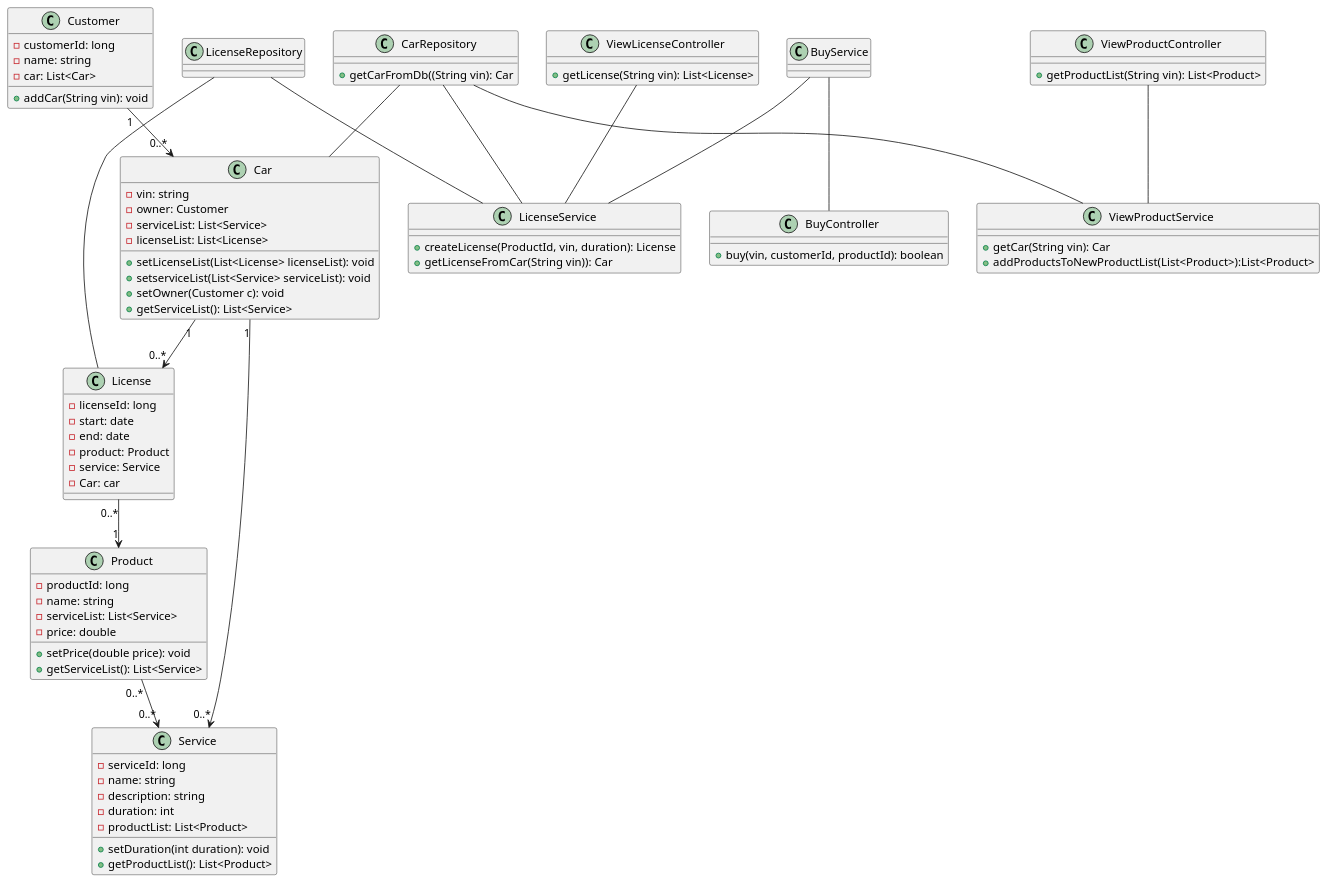
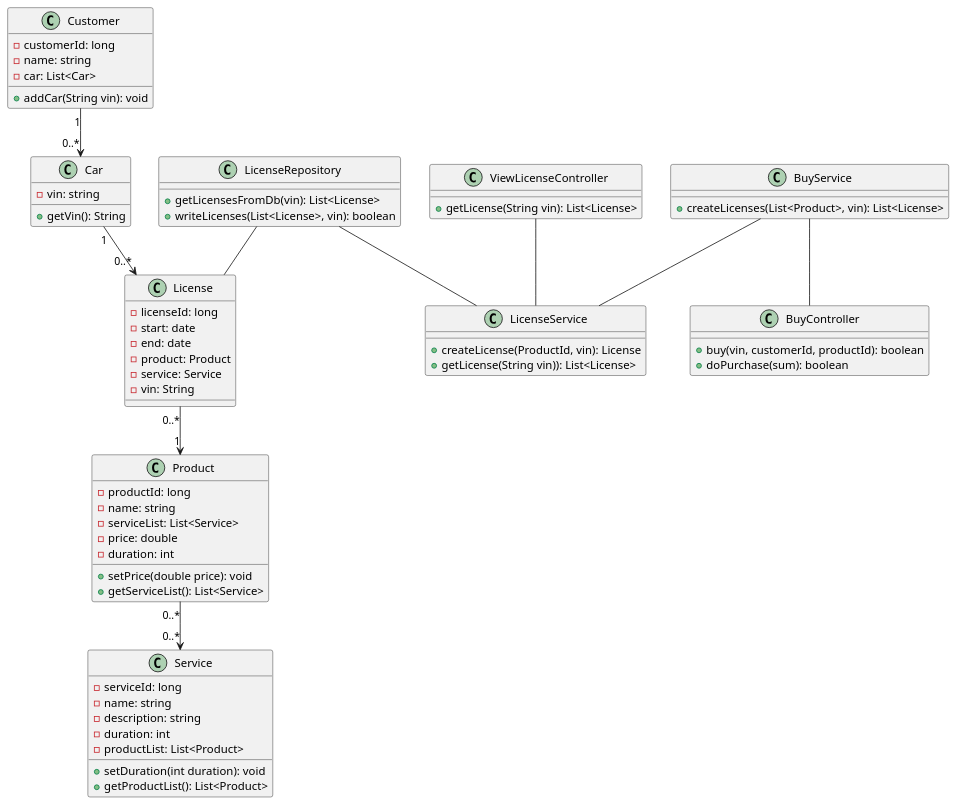
The diagram in .idea/2.0 class.puml (ljbg1996/car-backend), drawn with PlantUML before and after one commit. The commit also changed 1 other file, not shown here.

Commit message:
Änderungen 2.0 class und SequenceViewActiveLicense_1.puml

```diff
--- a/.idea/2.0 class.puml
+++ b/.idea/2.0 class.puml
@@ -1,145 +1,152 @@
 @startuml
 class Car {
     - vin: string
-    - owner: Customer
-    - serviceList: List<Service>
-    - licenseList: List<License>
+    '- owner: Customer
+    '- serviceList: List<Service>
+    '- licenseList: List<License>
 
-    + setLicenseList(List<License> licenseList): void
-    + setserviceList(List<Service> serviceList): void
-    + setOwner(Customer c): void
-    + getServiceList(): List<Service>
+    '+ setLicenseList(List<License> licenseList): void
+    '+ setserviceList(List<Service> serviceList): void
+    '+ setOwner(Customer c): void
+    '+ getServiceList(): List<Service>
+    + getVin(): String
 
 }
 
-class CarRepository{
+'class CarRepository{
 
-    + getCarFromDb((String vin): Car
+  '  + getCarFromDb((String vin): Car
 
 
-}
+'}
 
 class Customer {
     - customerId: long
     - name: string
     - car: List<Car>
 
     + addCar(String vin): void
 
 
 }
 
 'class CustomerRepository{}
 
 'class ProductRepository{}
 
 
 class Product {
     - productId: long
     - name: string
     - serviceList: List<Service>
     - price: double
+    - duration: int
 
     + setPrice(double price): void
     + getServiceList(): List<Service>
 
 }
 
 
 
 class Service {
     - serviceId: long
     - name: string
     - description: string
     - duration: int
     - productList: List<Product>
 
     + setDuration(int duration): void
     + getProductList(): List<Product>
 
 
 }
 
 'class ServiceRepository{
 
  '   +getServiceFromDb(serviceId): Service
 
 '}
 
 class License {
     - licenseId: long
     - start: date
     - end: date
     - product: Product
     - service: Service
-    - Car: car
+    - vin: String
 
    '+ extendLicense(license: License, duration: int): void
 
 }
 
-'class LicenseRepository{}
+class LicenseRepository{
+
+    +getLicensesFromDb(vin): List<License>
+    +writeLicenses(List<License>, vin): boolean
+
+}
 
 class ViewLicenseController {
 
 
     + getLicense(String vin): List<License>
 
 }
 
 class BuyController {
 
     + buy(vin, customerId, productId): boolean
-
+    + doPurchase(sum): boolean
 }
 
-class ViewProductController {
+'class ViewProductController {
 
-    + getProductList(String vin): List<Product>
+ '   + getProductList(String vin): List<Product>
 
-}
+'}
 
 class LicenseService{
 
-    + createLicense(ProductId, vin, duration): License
-    + getLicenseFromCar(String vin)): Car
+    + createLicense(ProductId, vin): License
+    + getLicense(String vin)): List<License>
 
 }
 
 class BuyService {
 
-
+    +createLicenses(List<Product>, vin): List<License>
 }
 
-class ViewProductService {
+'class ViewProductService {
 
-    + getCar(String vin): Car
-    + addProductsToNewProductList(List<Product>):List<Product>
-}
+ '   + getCar(String vin): Car
+  '  + addProductsToNewProductList(List<Product>):List<Product>
+'}
 
 
 
 
 
 
 
 LicenseRepository-- License
 LicenseRepository -- LicenseService
 BuyService -- LicenseService
 ViewLicenseController -- LicenseService
-CarRepository -- LicenseService
+'CarRepository -- LicenseService
 'ProductRepository -- Product
-CarRepository -- ViewProductService
+'CarRepository -- ViewProductService
 
-ViewProductController -- ViewProductService
+'ViewProductController -- ViewProductService
 BuyService -- BuyController
-CarRepository -- Car
+'CarRepository -- Car
 'CustomerRepository -- Customer
 'ServiceRepository -- Service
 Customer "1" --> "0..*" Car
 Car "1" --> "0..*" License
-Car "1" --> "0..*" Service
+'Car "1" --> "0..*" Service
 License "0..*"--> "1"Product
 Product "0..*" --> "0..*" Service
 
 @enduml
```
